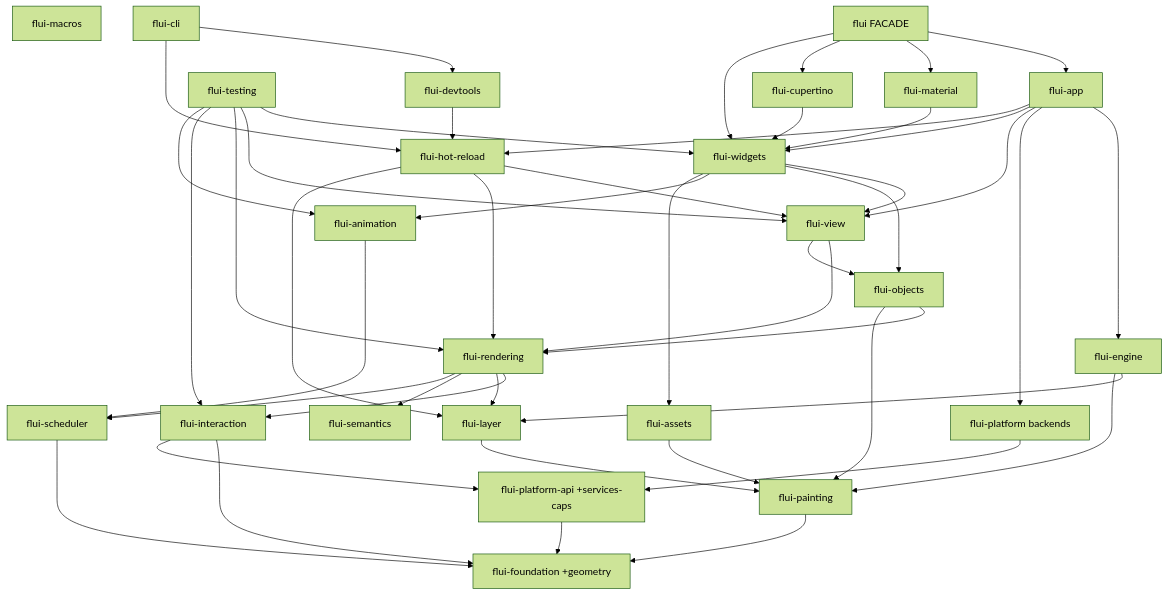
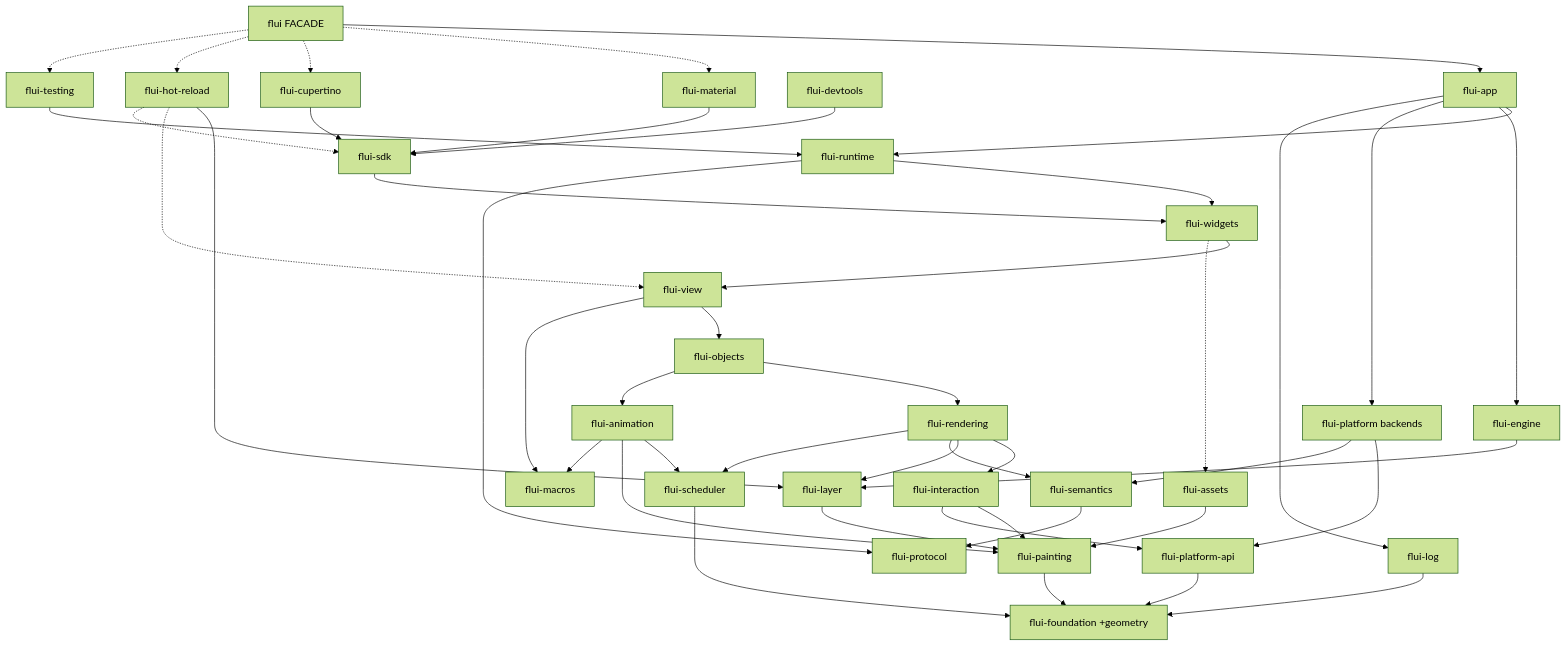
One commit to vanyastaff/flui changed the diagram in docs/FOUNDATIONS.md. Above: the diagram before and after it, drawn with Mermaid (forest theme). The commit also changed other lines of this file and 82 other files, not shown here.

````diff
--- a/docs/FOUNDATIONS.md
+++ b/docs/FOUNDATIONS.md
@@ -163,73 +165,75 @@
 ```mermaid
 graph TD
     foundation[flui-foundation +geometry]
     macros[flui-macros]
-    platformapi[flui-platform-api +services-caps]
-    platform[flui-platform backends]
+    protocol[flui-protocol]
+    platformapi[flui-platform-api]
+    log[flui-log]
     scheduler[flui-scheduler]
     painting[flui-painting]
     interaction[flui-interaction]
     assets[flui-assets]
     semantics[flui-semantics]
     layer[flui-layer]
     animation[flui-animation]
-    engine[flui-engine]
+    platform[flui-platform backends]
     rendering[flui-rendering]
     objects[flui-objects]
+    engine[flui-engine]
     view[flui-view]
-    devtools[flui-devtools]
-    cli[flui-cli]
+    widgets[flui-widgets]
+    runtime[flui-runtime]
+    sdk[flui-sdk]
+    testing[flui-testing]
     hotreload[flui-hot-reload]
-    widgets[flui-widgets]
-    testing[flui-testing]
     material[flui-material]
     cupertino[flui-cupertino]
+    devtools[flui-devtools]
     app[flui-app]
     facade[flui FACADE]
 
     platformapi --> foundation
-    platform --> platformapi
+    painting --> foundation
     scheduler --> foundation
-    painting --> foundation
-    interaction --> foundation
+    log --> foundation
+    assets --> painting
+    interaction --> painting
     interaction --> platformapi
-    assets --> painting
+    semantics --> protocol
     layer --> painting
     animation --> scheduler
-    engine --> layer
-    engine --> painting
+    animation --> painting
+    animation --> macros
+    platform --> platformapi
+    platform --> semantics
     rendering --> interaction
     rendering --> layer
     rendering --> semantics
     rendering --> scheduler
     objects --> rendering
-    objects --> painting
-    view --> rendering
+    objects --> animation
+    engine --> layer
     view --> objects
+    view --> macros
     widgets --> view
-    widgets --> objects
-    widgets --> animation
-    widgets --> assets
-    testing --> widgets
-    testing --> view
-    testing --> rendering
-    testing --> interaction
-    testing --> animation
-    hotreload --> view
-    hotreload --> rendering
+    widgets -.-> assets
+    runtime --> widgets
+    runtime --> protocol
+    sdk --> widgets
+    testing --> runtime
     hotreload --> layer
-    material --> widgets
-    cupertino --> widgets
+    hotreload -.-> view
+    hotreload -.-> sdk
+    material --> sdk
+    cupertino --> sdk
+    devtools --> sdk
+    app --> runtime
     app --> engine
     app --> platform
-    app --> view
-    app --> widgets
-    app --> hotreload
-    devtools --> hotreload
-    cli --> devtools
-    cli --> hotreload
+    app --> log
     facade --> app
-    facade --> material
-    facade --> cupertino
-    facade --> widgets
+    facade -.-> material
+    facade -.-> cupertino
+    facade -.-> hotreload
+    facade -.-> testing
 ```
````
